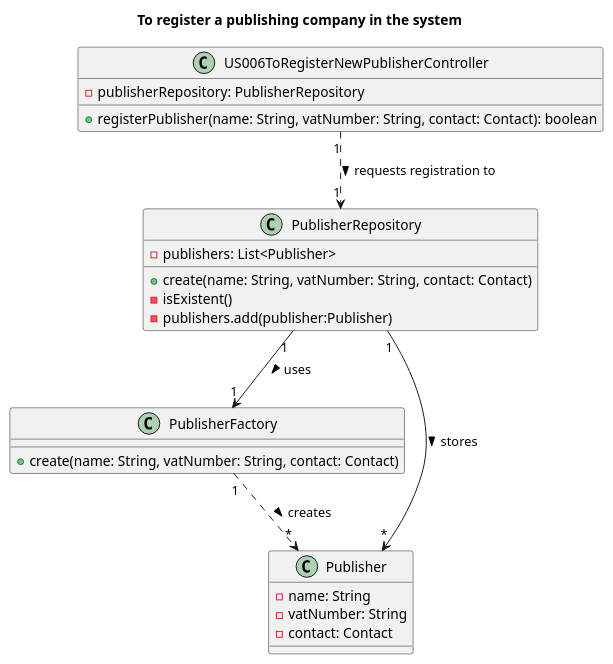
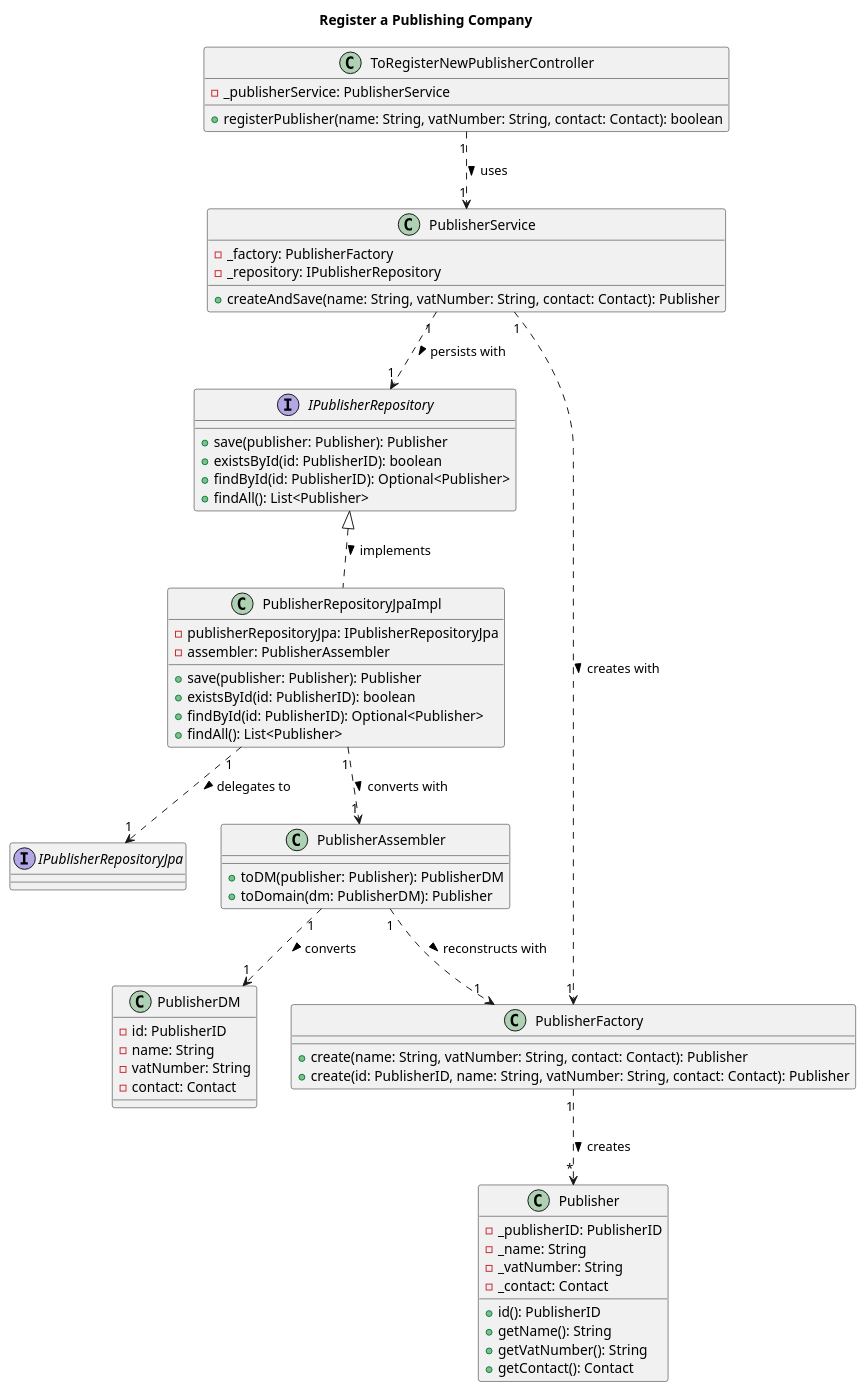
Before and after one commit to AndrePereiraGitH/SWitCH-Project-Team_A: the diagram in Diagrams/ClassDiagrams/To-register-a-publishing-company.puml, drawn with PlantUML. The commit also changed other lines of this file and 3 other files, not shown here.

Commit message:
#750 SD and CD Register Publishing Company

```diff
--- a/Diagrams/ClassDiagrams/To-register-a-publishing-company.puml
+++ b/Diagrams/ClassDiagrams/To-register-a-publishing-company.puml
@@ -1,33 +2,71 @@
 @startuml
-title To register a publishing company in the system
+title Register a Publishing Company
 
-class US006ToRegisterNewPublisherController {
-  -publisherRepository: PublisherRepository
+class ToRegisterNewPublisherController {
+  -_publisherService: PublisherService
   +registerPublisher(name: String, vatNumber: String, contact: Contact): boolean
 }
 
-class PublisherRepository {
-  -publishers: List<Publisher>
-  +create(name: String, vatNumber: String, contact: Contact)
-  -isExistent()
-  -publishers.add(publisher:Publisher)
+class PublisherService {
+  -_factory: PublisherFactory
+  -_repository: IPublisherRepository
+  +createAndSave(name: String, vatNumber: String, contact: Contact): Publisher
+}
+
+interface IPublisherRepository {
+  +save(publisher: Publisher): Publisher
+  +existsById(id: PublisherID): boolean
+  +findById(id: PublisherID): Optional<Publisher>
+  +findAll(): List<Publisher>
+}
+
+class PublisherRepositoryJpaImpl {
+  -publisherRepositoryJpa: IPublisherRepositoryJpa
+  -assembler: PublisherAssembler
+  +save(publisher: Publisher): Publisher
+  +existsById(id: PublisherID): boolean
+  +findById(id: PublisherID): Optional<Publisher>
+  +findAll(): List<Publisher>
 }
 
 class PublisherFactory {
-  +create(name: String, vatNumber: String, contact: Contact)
+  +create(name: String, vatNumber: String, contact: Contact): Publisher
+  +create(id: PublisherID, name: String, vatNumber: String, contact: Contact): Publisher
 }
 
+class Publisher {
+  -_publisherID: PublisherID
+  -_name: String
+  -_vatNumber: String
+  -_contact: Contact
+  +id(): PublisherID
+  +getName(): String
+  +getVatNumber(): String
+  +getContact(): Contact
+}
 
-class Publisher {
+class PublisherAssembler {
+  +toDM(publisher: Publisher): PublisherDM
+  +toDomain(dm: PublisherDM): Publisher
+}
+
+class PublisherDM {
+  -id: PublisherID
   -name: String
   -vatNumber: String
   -contact: Contact
 }
 
-US006ToRegisterNewPublisherController "1" ..> "1" PublisherRepository : requests registration to >
-PublisherRepository "1" --> "1" PublisherFactory : uses >
+interface IPublisherRepositoryJpa {
+}
+
+ToRegisterNewPublisherController "1" ..> "1" PublisherService : uses >
+PublisherService "1" ..> "1" PublisherFactory : creates with >
+PublisherService "1" ..> "1" IPublisherRepository : persists with >
+IPublisherRepository <|.. PublisherRepositoryJpaImpl : implements >
+PublisherRepositoryJpaImpl "1" ..> "1" PublisherAssembler : converts with >
+PublisherRepositoryJpaImpl "1" ..> "1" IPublisherRepositoryJpa : delegates to >
+PublisherAssembler "1" ..> "1" PublisherFactory : reconstructs with >
+PublisherAssembler "1" ..> "1" PublisherDM : converts >
 PublisherFactory "1" ..> "*" Publisher : creates >
-PublisherRepository "1" --> "*" Publisher : stores >
-
-
 @enduml
```
